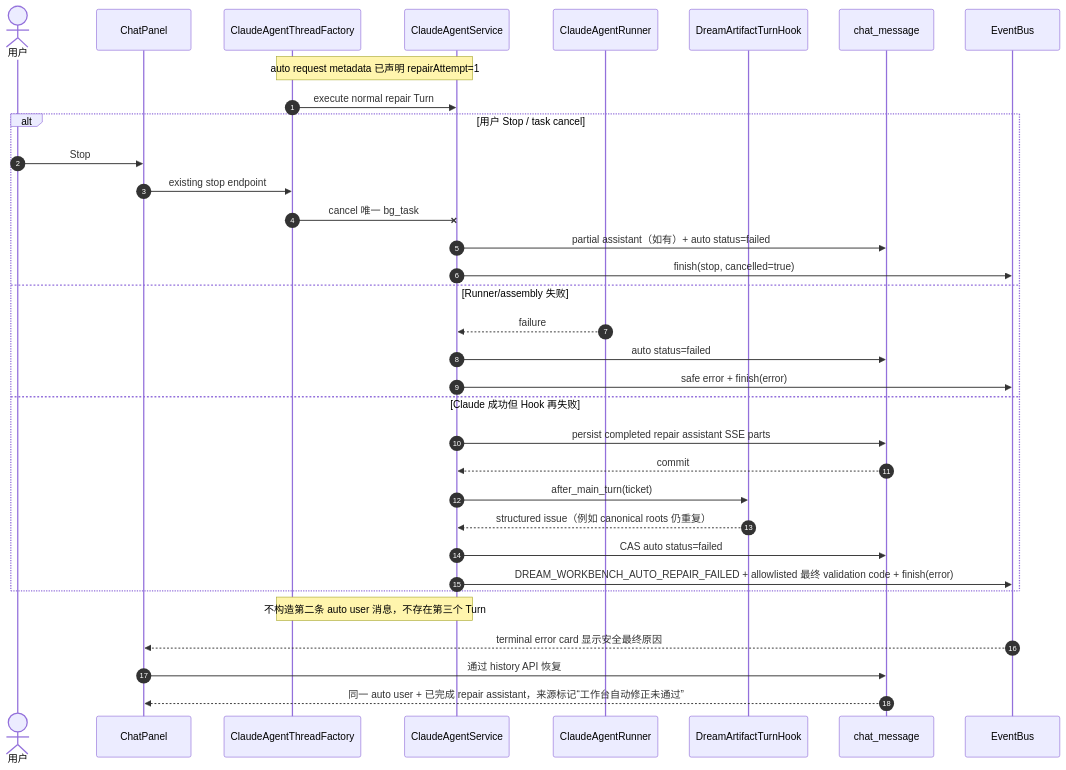
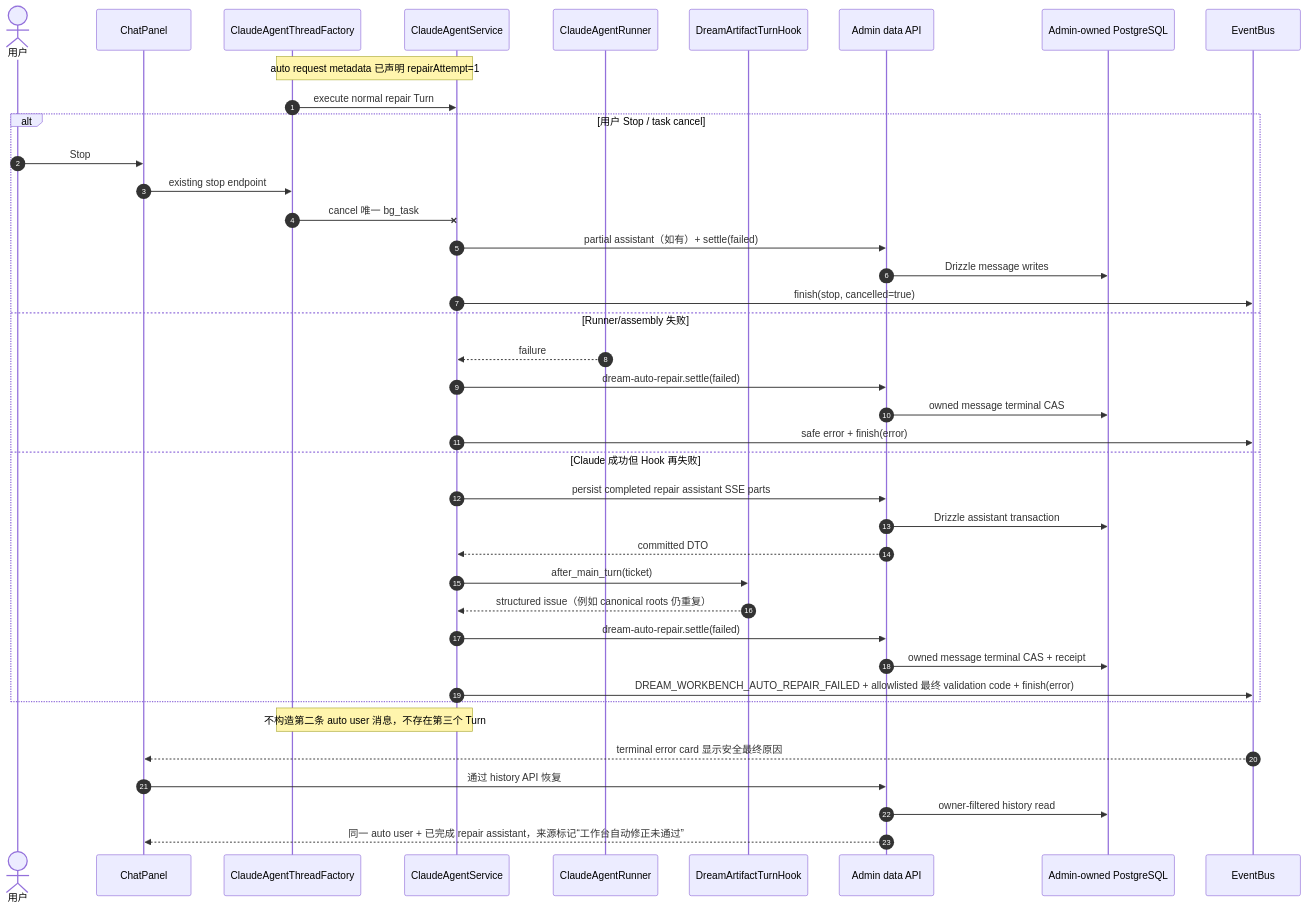
One commit to glide-the/im-dream changed the fourth of 5 diagrams in docs/design/claude-agent/dream-workbench-auto-repair-sequence.md. Above: the diagram before and after it, drawn with Mermaid. The commit also changed other lines of this file and 16 other files, not shown here.

Commit message:
refactor(dream): move auto-repair persistence to Admin

````diff
--- a/docs/design/claude-agent/dream-workbench-auto-repair-sequence.md
+++ b/docs/design/claude-agent/dream-workbench-auto-repair-sequence.md
@@ -197,37 +208,43 @@
 ```mermaid
 sequenceDiagram
     autonumber
     actor User as 用户
     participant UI as ChatPanel
     participant Factory as ClaudeAgentThreadFactory
     participant Service as ClaudeAgentService
     participant Claude as ClaudeAgentRunner
     participant Hook as DreamArtifactTurnHook
-    participant DB as chat_message
+    participant Admin as Admin data API
+    participant DB as Admin-owned PostgreSQL
     participant Bus as EventBus
 
     Note over Factory,Service: auto request metadata 已声明 repairAttempt=1
     Factory->>Service: execute normal repair Turn
     alt 用户 Stop / task cancel
         User->>UI: Stop
         UI->>Factory: existing stop endpoint
         Factory-xService: cancel 唯一 bg_task
-        Service->>DB: partial assistant（如有）+ auto status=failed
+        Service->>Admin: partial assistant（如有）+ settle(failed)
+        Admin->>DB: Drizzle message writes
         Service->>Bus: finish(stop, cancelled=true)
     else Runner/assembly 失败
         Claude-->>Service: failure
-        Service->>DB: auto status=failed
+        Service->>Admin: dream-auto-repair.settle(failed)
+        Admin->>DB: owned message terminal CAS
         Service->>Bus: safe error + finish(error)
     else Claude 成功但 Hook 再失败
-        Service->>DB: persist completed repair assistant SSE parts
-        DB-->>Service: commit
+        Service->>Admin: persist completed repair assistant SSE parts
+        Admin->>DB: Drizzle assistant transaction
+        Admin-->>Service: committed DTO
         Service->>Hook: after_main_turn(ticket)
         Hook-->>Service: structured issue（例如 canonical roots 仍重复）
-        Service->>DB: CAS auto status=failed
+        Service->>Admin: dream-auto-repair.settle(failed)
+        Admin->>DB: owned message terminal CAS + receipt
         Service->>Bus: DREAM_WORKBENCH_AUTO_REPAIR_FAILED + allowlisted 最终 validation code + finish(error)
     end
     Note over Service,Factory: 不构造第二条 auto user 消息，不存在第三个 Turn
     Bus-->>UI: terminal error card 显示安全最终原因
-    UI->>DB: 通过 history API 恢复
-    DB-->>UI: 同一 auto user + 已完成 repair assistant，来源标记“工作台自动修正未通过”
+    UI->>Admin: 通过 history API 恢复
+    Admin->>DB: owner-filtered history read
+    Admin-->>UI: 同一 auto user + 已完成 repair assistant，来源标记“工作台自动修正未通过”
 ```
````
